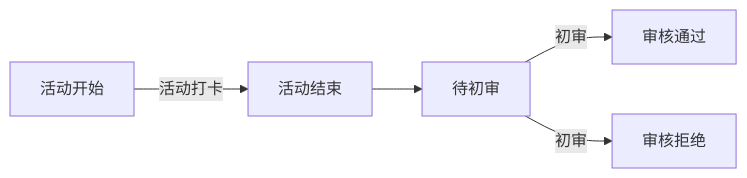
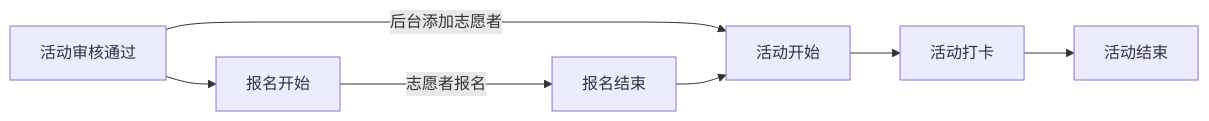
The fifth of 7 diagrams in 刑侦反骗码用户后台/刑侦反骗码用户后台-用户手册.md (SaintKayLuk/ZA-user-manual), drawn with Mermaid before and after one commit. The commit also changed other lines of this file and 3 other files, not shown here.

````diff
--- a/刑侦反骗码用户后台/刑侦反骗码用户后台-用户手册.md
+++ b/刑侦反骗码用户后台/刑侦反骗码用户后台-用户手册.md
@@ -616,5 +509,7 @@
 ```mermaid
-  graph LR
-  1[活动开始] --活动打卡--> 2[活动结束] --> 3[待初审] --初审--> 4[审核通过]
-  3[待初审] --初审--> 5[审核拒绝]
+graph LR
+  11[活动审核通过] --> 1[报名开始]
+  11[活动审核通过] -- 后台添加志愿者 --> 3[活动开始]
+  1[报名开始] -- 志愿者报名 ---> 2[报名结束] --> 3[活动开始] --> 4[活动打卡] --> 5[活动结束]
+
 ```
````
